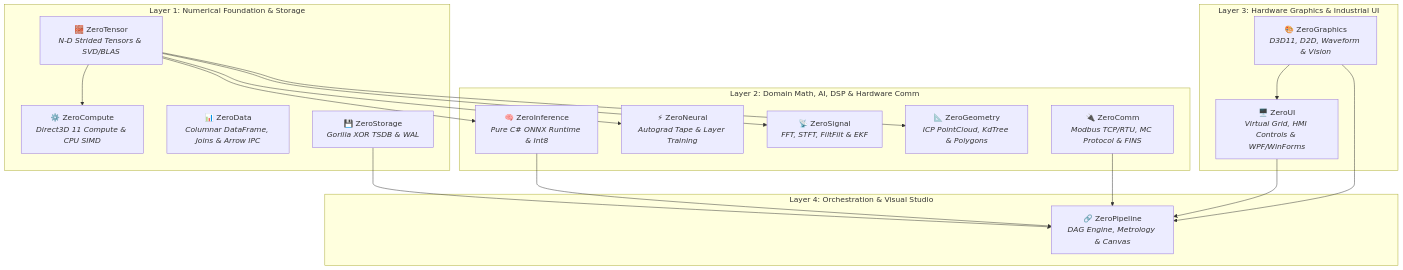
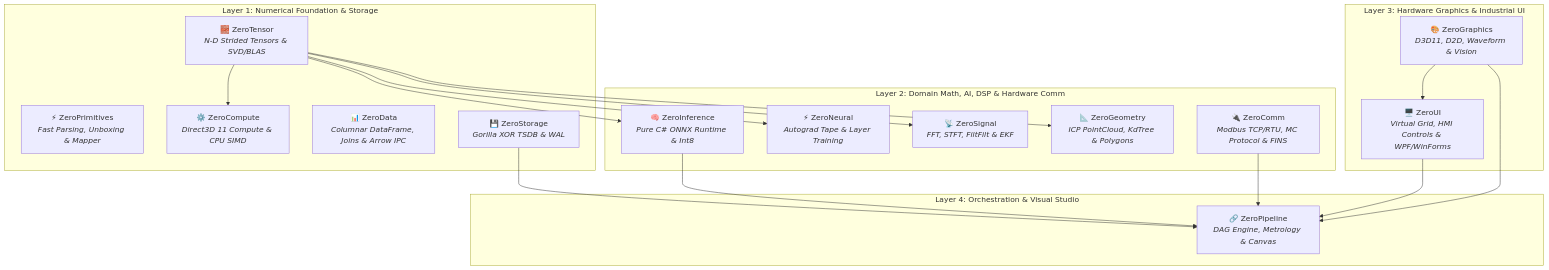
The diagram in docs/ZERO_PLATFORM_ECOSYSTEM.md (kzxl/ZeroPlatform), drawn with Mermaid before and after one commit. The commit also changed other lines of this file and 18 other files, not shown here.

Commit message:
feat(primitives): establish ZeroPrimitives subsystem for zero-allocation conversions

````diff
--- a/docs/ZERO_PLATFORM_ECOSYSTEM.md
+++ b/docs/ZERO_PLATFORM_ECOSYSTEM.md
@@ -11,40 +11,41 @@
 ```mermaid
 graph TD
     subgraph "Layer 4: Orchestration & Visual Studio"
         ZeroPipeline["🔗 ZeroPipeline<br/><i>DAG Engine, Metrology & Canvas</i>"]
     end
 
     subgraph "Layer 3: Hardware Graphics & Industrial UI"
         ZeroGraphics["🎨 ZeroGraphics<br/><i>D3D11, D2D, Waveform & Vision</i>"]
         ZeroUI["🖥️ ZeroUI<br/><i>Virtual Grid, HMI Controls & WPF/WinForms</i>"]
     end
 
     subgraph "Layer 2: Domain Math, AI, DSP & Hardware Comm"
         ZeroInference["🧠 ZeroInference<br/><i>Pure C# ONNX Runtime & Int8</i>"]
         ZeroNeural["⚡ ZeroNeural<br/><i>Autograd Tape & Layer Training</i>"]
         ZeroSignal["📡 ZeroSignal<br/><i>FFT, STFT, FiltFilt & EKF</i>"]
         ZeroGeometry["📐 ZeroGeometry<br/><i>ICP PointCloud, KdTree & Polygons</i>"]
         ZeroComm["🔌 ZeroComm<br/><i>Modbus TCP/RTU, MC Protocol & FINS</i>"]
     end
 
     subgraph "Layer 1: Numerical Foundation & Storage"
+        ZeroPrimitives["⚡ ZeroPrimitives<br/><i>Fast Parsing, Unboxing & Mapper</i>"]
         ZeroTensor["🧱 ZeroTensor<br/><i>N-D Strided Tensors & SVD/BLAS</i>"]
         ZeroCompute["⚙️ ZeroCompute<br/><i>Direct3D 11 Compute & CPU SIMD</i>"]
         ZeroData["📊 ZeroData<br/><i>Columnar DataFrame, Joins & Arrow IPC</i>"]
         ZeroStorage["💾 ZeroStorage<br/><i>Gorilla XOR TSDB & WAL</i>"]
     end
 
     %% Dependency Connections
     ZeroTensor --> ZeroCompute
     ZeroTensor --> ZeroInference
     ZeroTensor --> ZeroNeural
     ZeroTensor --> ZeroSignal
     ZeroTensor --> ZeroGeometry
 
     ZeroGraphics --> ZeroUI
     ZeroGraphics --> ZeroPipeline
     ZeroStorage --> ZeroPipeline
     ZeroComm --> ZeroPipeline
     ZeroInference --> ZeroPipeline
     ZeroUI --> ZeroPipeline
 ```
````
